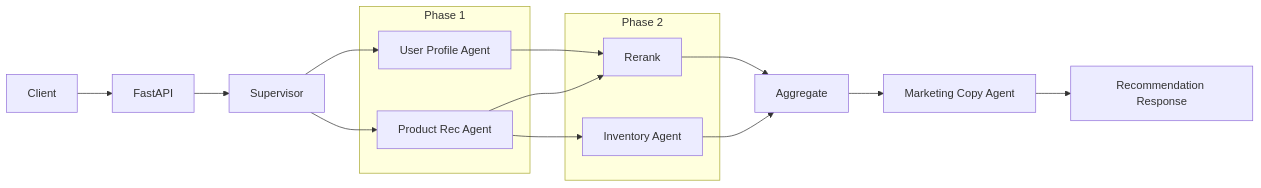
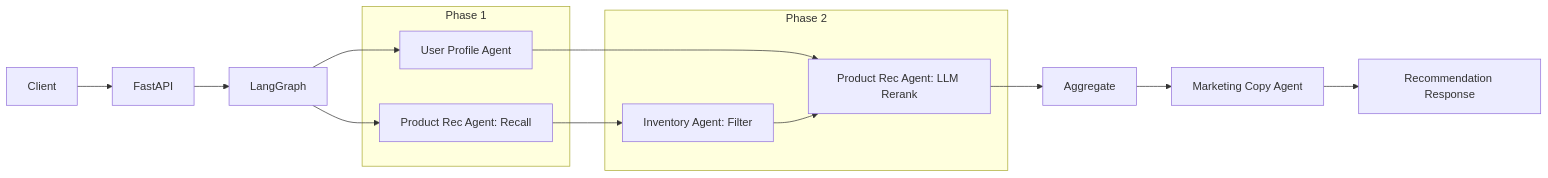
Before and after one commit to ChangQing813/agentic-ecommerce: the diagram in README.md, drawn with Mermaid. The commit also changed other lines of this file and 7 other files, not shown here.

````diff
--- a/README.md
+++ b/README.md
@@ -17,25 +17,24 @@
 ```mermaid
 flowchart LR
     C[Client] --> F[FastAPI]
-    F --> S[Supervisor]
+    F --> S[LangGraph]
 
     subgraph P1[Phase 1]
         U[User Profile Agent]
-        R[Product Rec Agent]
+        R[Product Rec Agent: Recall]
     end
 
     subgraph P2[Phase 2]
-        K[Rerank]
-        I[Inventory Agent]
+        K[Product Rec Agent: LLM Rerank]
+        I[Inventory Agent: Filter]
     end
 
     S --> U
     S --> R
     U --> K
-    R --> K
     R --> I
+    I --> K
     K --> A[Aggregate]
-    I --> A
     A --> M[Marketing Copy Agent]
     M --> O[Recommendation Response]
 ```
````
